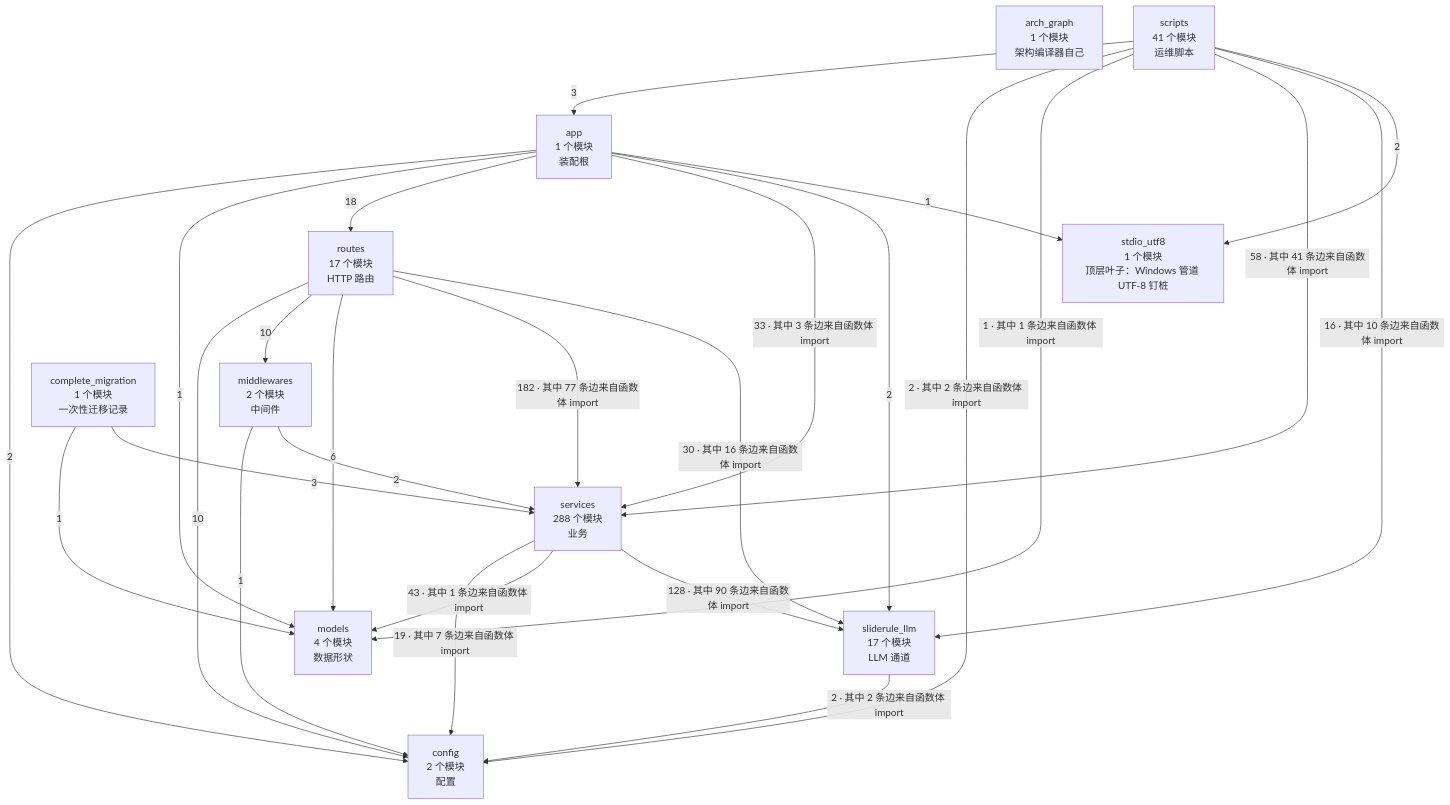
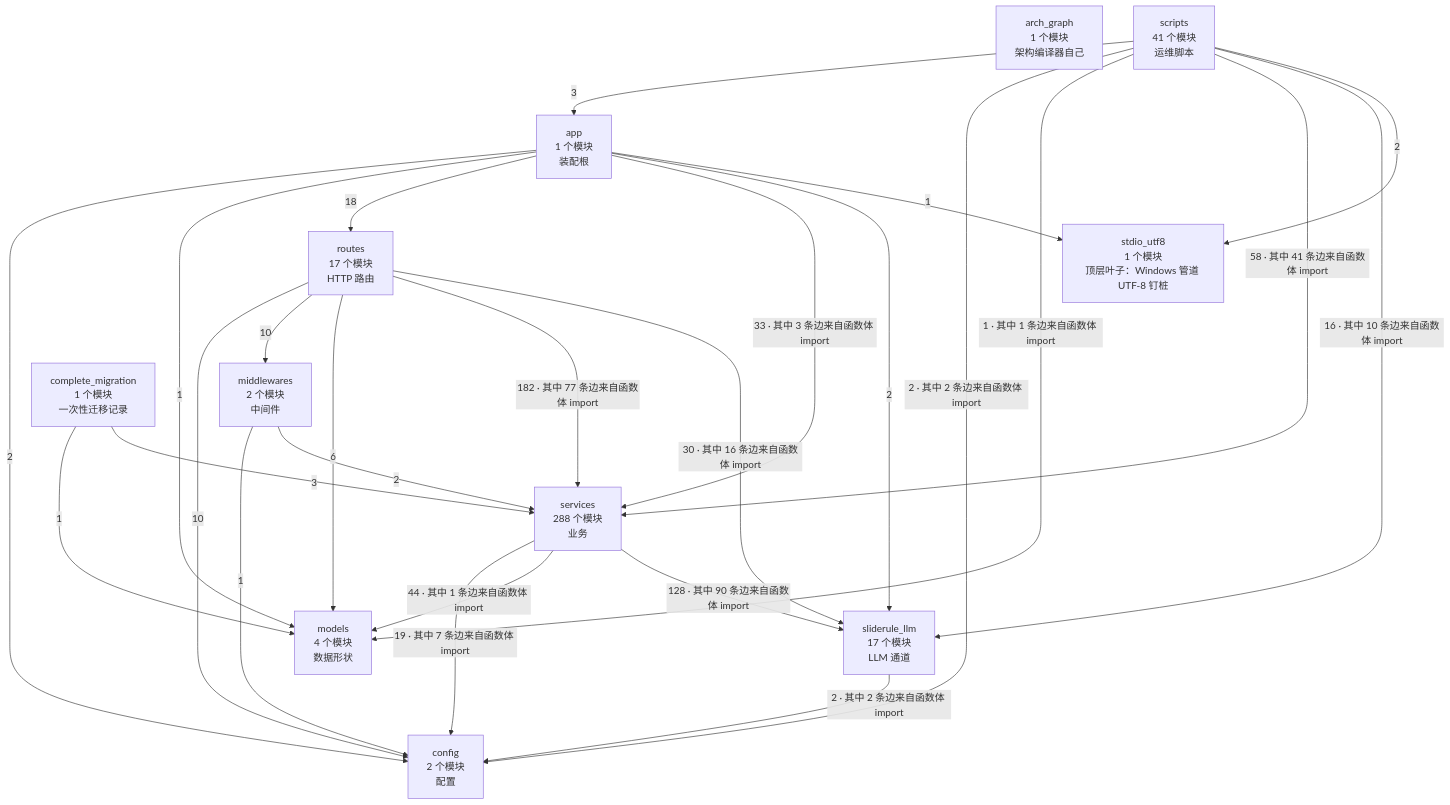
The second of 4 diagrams in docs/SlideRule V6.2 架构图（自动生成）.md (2686521696/WhyBuddy), drawn with Mermaid before and after one commit. The commit also changed other lines of this file and 21 other files, not shown here.

````diff
--- a/docs/SlideRule V6.2 架构图（自动生成）.md
+++ b/docs/SlideRule V6.2 架构图（自动生成）.md
@@ -62,39 +62,39 @@
 ```mermaid
 flowchart TB
   arch_graph["arch_graph<br/>1 个模块<br/>架构编译器自己"]
   config["config<br/>2 个模块<br/>配置"]
   models["models<br/>4 个模块<br/>数据形状"]
   stdio_utf8["stdio_utf8<br/>1 个模块<br/>顶层叶子：Windows 管道 UTF-8 钉桩"]
   sliderule_llm["sliderule_llm<br/>17 个模块<br/>LLM 通道"]
   middlewares["middlewares<br/>2 个模块<br/>中间件"]
   services["services<br/>288 个模块<br/>业务"]
   routes["routes<br/>17 个模块<br/>HTTP 路由"]
   app["app<br/>1 个模块<br/>装配根"]
   complete_migration["complete_migration<br/>1 个模块<br/>一次性迁移记录"]
   scripts["scripts<br/>41 个模块<br/>运维脚本"]
   app -->|2| config
   app -->|1| models
   app -->|18| routes
   app -->|33 · 其中 3 条边来自函数体 import| services
   app -->|2| sliderule_llm
   app -->|1| stdio_utf8
   complete_migration -->|1| models
   complete_migration -->|3| services
   middlewares -->|1| config
   middlewares -->|2| services
   routes -->|10| config
   routes -->|10| middlewares
   routes -->|6| models
   routes -->|182 · 其中 77 条边来自函数体 import| services
   routes -->|30 · 其中 16 条边来自函数体 import| sliderule_llm
   scripts -->|3| app
   scripts -->|2 · 其中 2 条边来自函数体 import| config
   scripts -->|1 · 其中 1 条边来自函数体 import| models
   scripts -->|58 · 其中 41 条边来自函数体 import| services
   scripts -->|16 · 其中 10 条边来自函数体 import| sliderule_llm
   scripts -->|2| stdio_utf8
   services -->|19 · 其中 7 条边来自函数体 import| config
-  services -->|43 · 其中 1 条边来自函数体 import| models
+  services -->|44 · 其中 1 条边来自函数体 import| models
   services -->|128 · 其中 90 条边来自函数体 import| sliderule_llm
   sliderule_llm -->|2 · 其中 2 条边来自函数体 import| config
 ```
````
